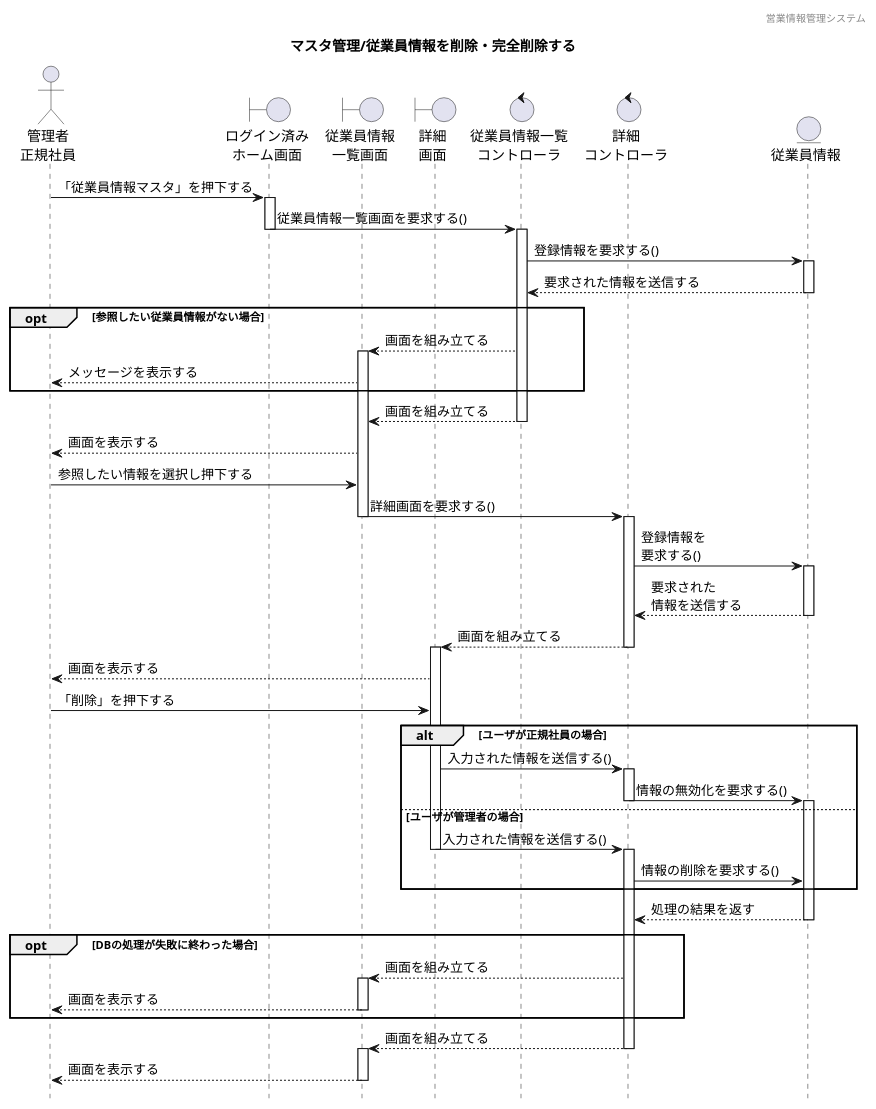
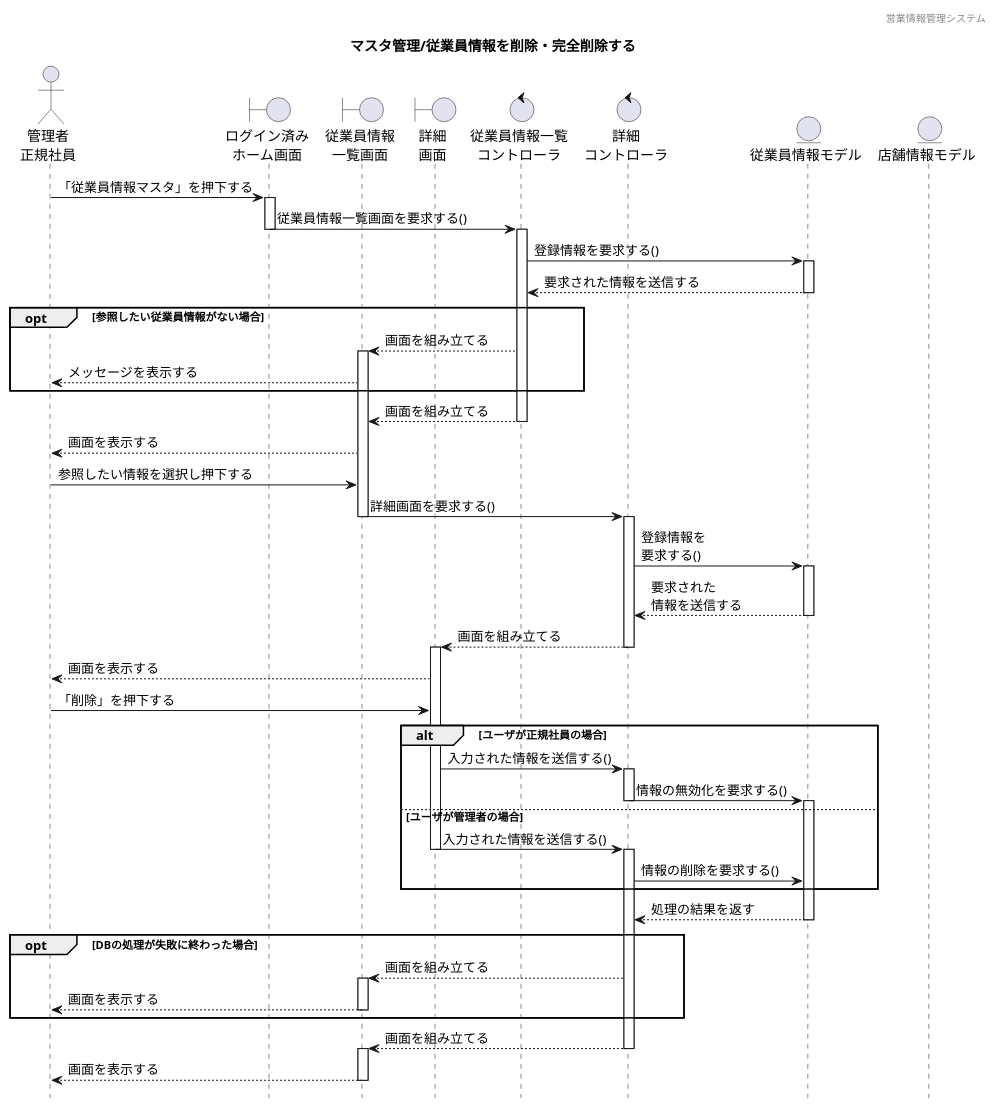
Before and after one commit to HaruShim/Sotuken: the diagram in 各種設計書/4シーケンス図/マスタ管理/F01従業員マスタ/従業員情報管理_削除.plantuml, drawn with PlantUML. The commit also changed 18 other files, not shown here.

```diff
--- a/各種設計書/4シーケンス図/マスタ管理/F01従業員マスタ/従業員情報管理_削除.plantuml
+++ b/各種設計書/4シーケンス図/マスタ管理/F01従業員マスタ/従業員情報管理_削除.plantuml
@@ -1,90 +1,91 @@
 @startuml ../../images/従業員情報マスタ/従業員情報管理_削除
 
 ' 下アイコン除去
 hide footbox
 ' ヘッダー
 header 営業情報管理システム
 ' タイトル
 title マスタ管理/従業員情報を削除・完全削除する
 
 
 ' actor "" as 
 actor "管理者\n正規社員" as a1
 
 ' boundary "" as 
 boundary "ログイン済み\nホーム画面" as b1
 boundary "従業員情報\n一覧画面" as b2
 boundary "詳細\n画面" as b3
 
 ' control "" as 
 control "従業員情報一覧\nコントローラ" as c1
 control "詳細\nコントローラ" as c2
 
 ' entity "" as
-entity "従業員情報" as e1
+entity "従業員情報モデル" as e1
+entity "店舗情報モデル" as e2
 
 
 ' ログイン済みホーム画面から一覧表示までのシーケンス
 a1 -> b1 : 「従業員情報マスタ」を押下する
 activate b1
 b1 -> c1 : 従業員情報一覧画面を要求する()
 deactivate b1
 activate c1
 c1 -> e1 : 登録情報を要求する()
 activate e1
 c1 <-- e1 : 要求された情報を送信する
 deactivate e1
 
 ' 代替フロー
 opt 参照したい従業員情報がない場合
 b2 <-- c1 : 画面を組み立てる
 activate b2
 a1 <-- b2 : メッセージを表示する
 end
 
 b2 <-- c1 : 画面を組み立てる
 deactivate c1
 
 a1 <-- b2 : 画面を表示する
 a1 -> b2 : 参照したい情報を選択し押下する
 b2 -> c2 : 詳細画面を要求する()
 deactivate b2
 activate c2
 c2 -> e1 : 登録情報を\n要求する()
 activate e1
 c2 <-- e1 : 要求された\n情報を送信する
 deactivate e1
 b3 <-- c2 : 画面を組み立てる
 deactivate c2
 activate b3
 a1 <-- b3 : 画面を表示する
 
 
 a1 -> b3 : 「削除」を押下する
 alt ユーザが正規社員の場合
 b3 -> c2 : 入力された情報を送信する()
 activate c2
 c2 -> e1 : 情報の無効化を要求する()
 deactivate c2
 activate e1
 else ユーザが管理者の場合
 b3 -> c2 : 入力された情報を送信する()
 deactivate b3
 activate c2
 c2 -> e1 : 情報の削除を要求する()
 end
 c2 <-- e1 : 処理の結果を返す
 deactivate e1
 opt DBの処理が失敗に終わった場合
 b2 <-- c2 : 画面を組み立てる
 activate b2
 a1 <-- b2 : 画面を表示する
 deactivate b2
 end 
 b2 <-- c2 : 画面を組み立てる
 deactivate c2
 activate b2
 a1 <-- b2 : 画面を表示する
 deactivate b2
 
 @enduml
```
